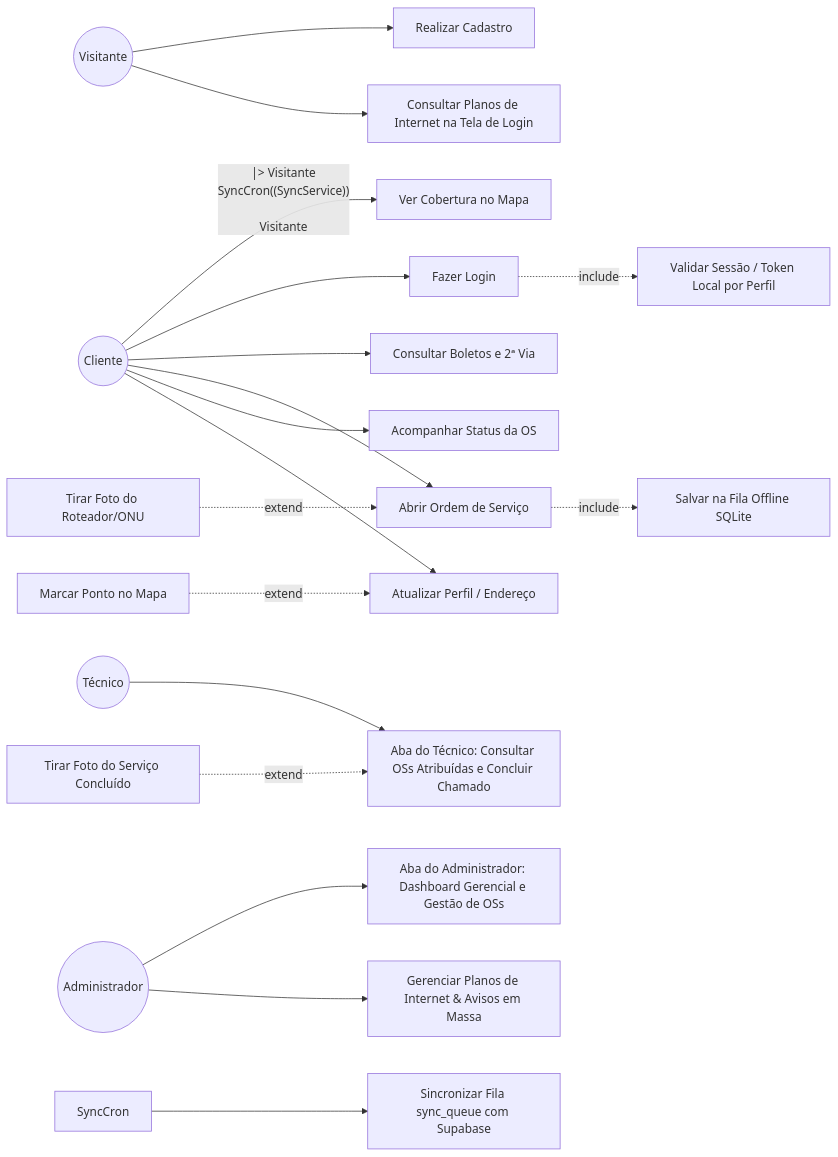
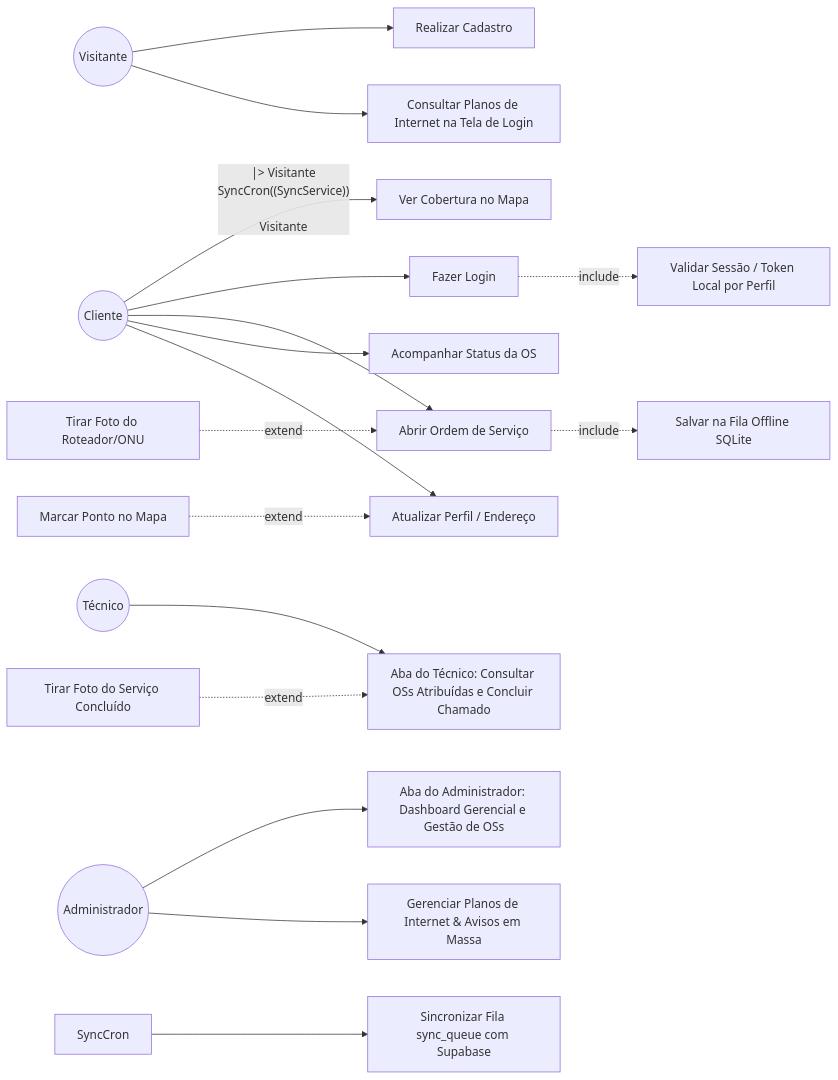
One commit to jmarques029/APPCJNET changed the second of 9 diagrams in docs/proposta-design-software-cjnet.md. Above: the diagram before and after it, drawn with Mermaid. The commit also changed other lines of this file, not shown here.

Commit message:
docs: remover toda a parte financeira e de boletos da proposta

````diff
--- a/docs/proposta-design-software-cjnet.md
+++ b/docs/proposta-design-software-cjnet.md
@@ -121,32 +113,32 @@
 ```mermaid
 flowchart LR
     Visitante((Visitante))
     Cliente((Cliente))
     Tecnico((Técnico))
     Admin((Administrador))
     Cliente --|> Visitante
     SyncCron((SyncService))
 
     Visitante --> UC01[Ver Cobertura no Mapa]
     Visitante --> UC02[Realizar Cadastro]
     Visitante --> UC14[Consultar Planos de Internet na Tela de Login]
 
     Cliente --> UC03[Fazer Login]
-    Cliente --> UC04[Consultar Boletos e 2ª Via]
     Cliente --> UC05[Abrir Ordem de Serviço]
     Cliente --> UC06[Acompanhar Status da OS]
     Cliente --> UC07[Atualizar Perfil / Endereço]
+
 
     UC05 -.include.-> UC08[Salvar na Fila Offline SQLite]
     UC09[Tirar Foto do Roteador/ONU] -.extend.-> UC05
     UC10[Marcar Ponto no Mapa] -.extend.-> UC07
 
     Tecnico --> UC12[Aba do Técnico: Consultar OSs Atribuídas e Concluir Chamado]
     UC17[Tirar Foto do Serviço Concluído] -.extend.-> UC12
 
     Admin --> UC15[Aba do Administrador: Dashboard Gerencial e Gestão de OSs]
     Admin --> UC16[Gerenciar Planos de Internet & Avisos em Massa]
 
     SyncCron --> UC11[Sincronizar Fila sync_queue com Supabase]
     UC03 -.include.-> UC13[Validar Sessão / Token Local por Perfil]
 ```
````
